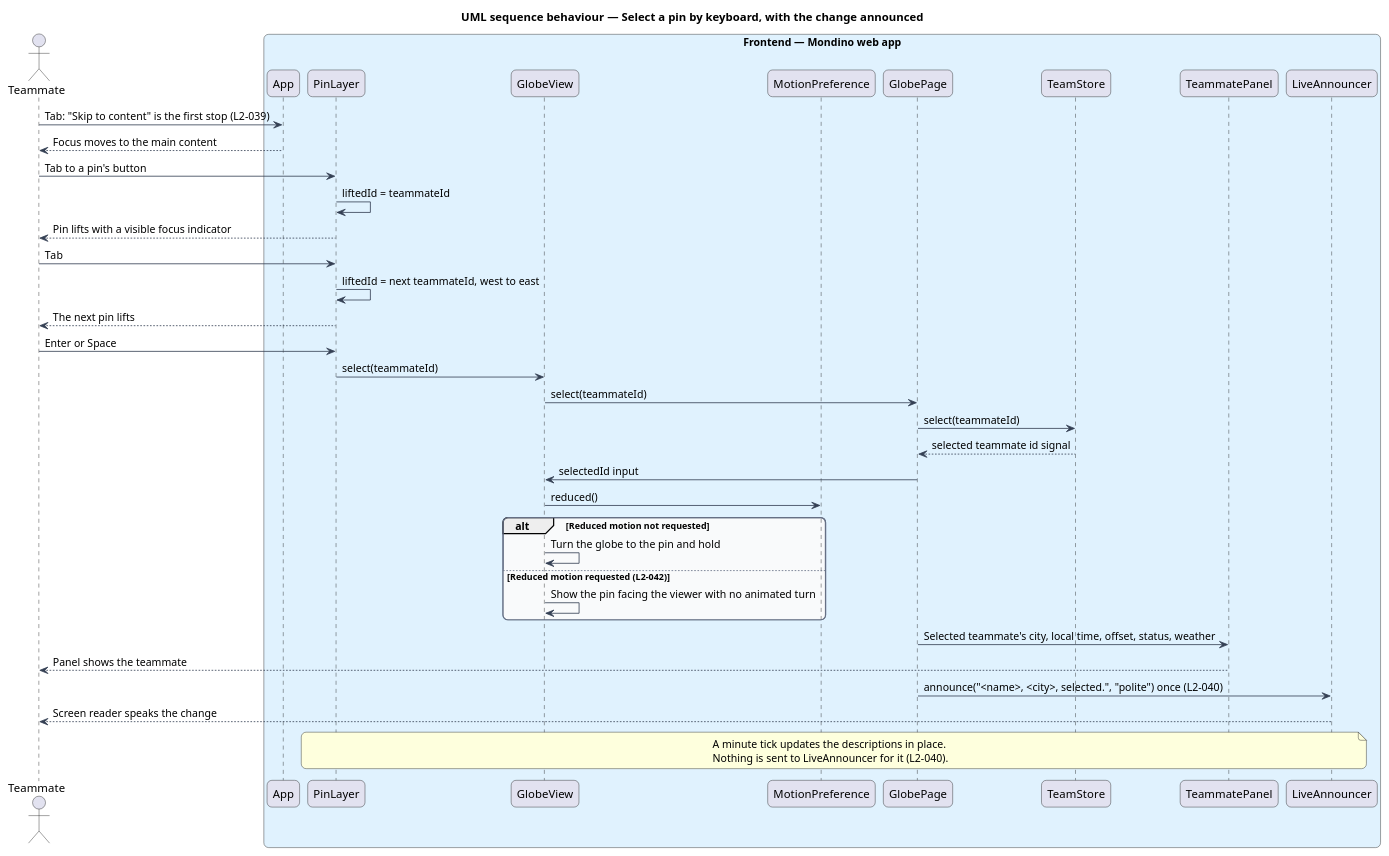
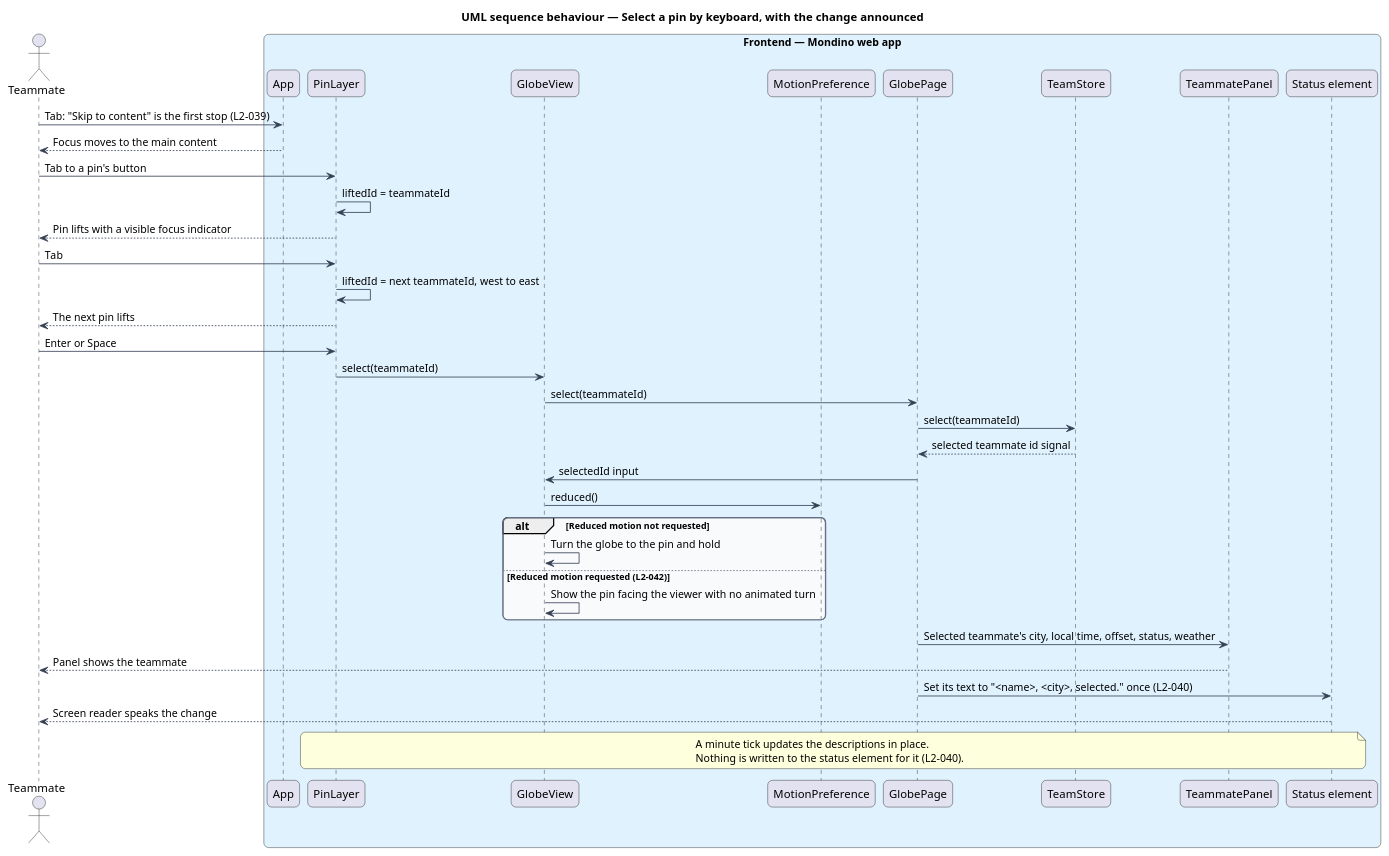
One commit to QuinntyneBrown/Mondino changed the diagram in docs/detailed-designs/platform/make-accessible/diagrams/sequence-select-pin-by-keyboard.puml. Above: the diagram before and after it, drawn with PlantUML. The commit also changed 38 other files, not shown here.

```diff
--- a/docs/detailed-designs/platform/make-accessible/diagrams/sequence-select-pin-by-keyboard.puml
+++ b/docs/detailed-designs/platform/make-accessible/diagrams/sequence-select-pin-by-keyboard.puml
@@ -1,56 +1,56 @@
 @startuml
 title UML sequence behaviour — Select a pin by keyboard, with the change announced
 skinparam backgroundColor #FFFFFF
 skinparam shadowing false
 skinparam roundcorner 12
 skinparam defaultFontName Arial
 skinparam ArrowColor #344054
 skinparam rectangle {
   BorderColor #344054
   FontColor #101828
 }
 skinparam package {
   BorderColor #667085
   FontColor #101828
   BackgroundColor #F9FAFB
 }
 actor "Teammate" as actor
 box "Frontend — Mondino web app" #E0F2FE
   participant "App" as shell
   participant "PinLayer" as layer
   participant "GlobeView" as view
   participant "MotionPreference" as motion
   participant "GlobePage" as page
   participant "TeamStore" as store
   participant "TeammatePanel" as panel
-  participant "LiveAnnouncer" as announcer
+  participant "Status element" as announcer
 end box
 actor -> shell : Tab: "Skip to content" is the first stop (L2-039)
 shell --> actor : Focus moves to the main content
 actor -> layer : Tab to a pin's button
 layer -> layer : liftedId = teammateId
 layer --> actor : Pin lifts with a visible focus indicator
 actor -> layer : Tab
 layer -> layer : liftedId = next teammateId, west to east
 layer --> actor : The next pin lifts
 actor -> layer : Enter or Space
 layer -> view : select(teammateId)
 view -> page : select(teammateId)
 page -> store : select(teammateId)
 store --> page : selected teammate id signal
 page -> view : selectedId input
 view -> motion : reduced()
 alt Reduced motion not requested
   view -> view : Turn the globe to the pin and hold
 else Reduced motion requested (L2-042)
   view -> view : Show the pin facing the viewer with no animated turn
 end
 page -> panel : Selected teammate's city, local time, offset, status, weather
 panel --> actor : Panel shows the teammate
-page -> announcer : announce("<name>, <city>, selected.", "polite") once (L2-040)
+page -> announcer : Set its text to "<name>, <city>, selected." once (L2-040)
 announcer --> actor : Screen reader speaks the change
 note over layer, announcer
   A minute tick updates the descriptions in place.
-  Nothing is sent to LiveAnnouncer for it (L2-040).
+  Nothing is written to the status element for it (L2-040).
 end note
 @enduml
```
